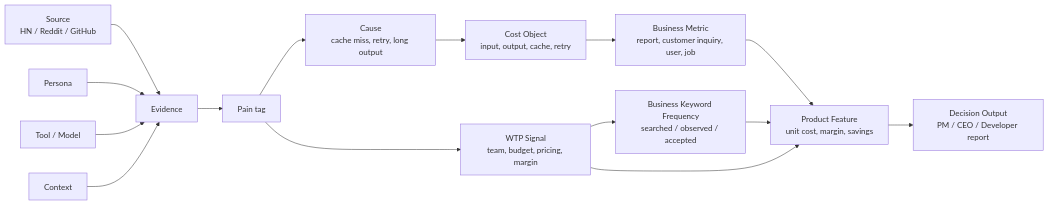
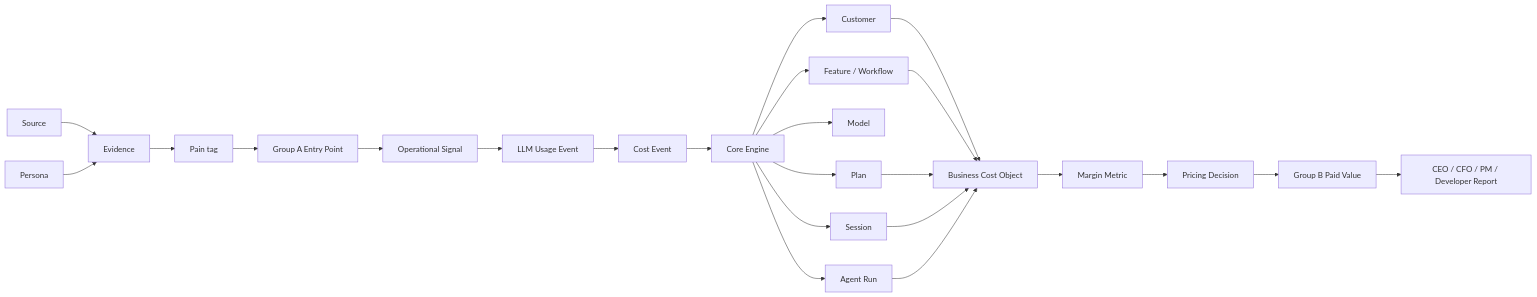
The diagram in docs/research/token_cost_ontology.md (tayna99/token_simulator), drawn with Mermaid before and after one commit. The commit also changed other lines of this file and 115 other files, not shown here.

Commit message:
feat: add AgentCost decision operating system

````diff
--- a/docs/research/token_cost_ontology.md
+++ b/docs/research/token_cost_ontology.md
@@ -30,17 +76,30 @@
 ```mermaid
 flowchart LR
-  Source["Source<br/>HN / Reddit / GitHub"] --> Evidence["Evidence"]
+  Source["Source"] --> Evidence["Evidence"]
   Persona["Persona"] --> Evidence
-  Tool["Tool / Model"] --> Evidence
-  Context["Context"] --> Evidence
   Evidence --> Pain["Pain tag"]
-  Pain --> Cause["Cause<br/>cache miss, retry, long output"]
-  Cause --> CostObject["Cost Object<br/>input, output, cache, retry"]
-  CostObject --> BusinessMetric["Business Metric<br/>report, customer inquiry, user, job"]
-  BusinessMetric --> ProductFeature["Product Feature<br/>unit cost, margin, savings"]
-  Pain --> WTP["WTP Signal<br/>team, budget, pricing, margin"]
-  WTP --> KeywordFrequency["Business Keyword Frequency<br/>searched / observed / accepted"]
-  KeywordFrequency --> ProductFeature
-  WTP --> ProductFeature
-  ProductFeature --> DecisionOutput["Decision Output<br/>PM / CEO / Developer report"]
+
+  Pain --> Entry["Group A Entry Point"]
+  Entry --> Signal["Operational Signal"]
+  Signal --> Usage["LLM Usage Event"]
+  Usage --> Cost["Cost Event"]
+
+  Cost --> Engine["Core Engine"]
+  Engine --> Customer["Customer"]
+  Engine --> Feature["Feature / Workflow"]
+  Engine --> Model["Model"]
+  Engine --> Plan["Plan"]
+  Engine --> Session["Session"]
+  Engine --> AgentRun["Agent Run"]
+
+  Customer --> CostObject["Business Cost Object"]
+  Feature --> CostObject
+  Plan --> CostObject
+  Session --> CostObject
+  AgentRun --> CostObject
+
+  CostObject --> Margin["Margin Metric"]
+  Margin --> Pricing["Pricing Decision"]
+  Pricing --> Paid["Group B Paid Value"]
+  Paid --> Output["CEO / CFO / PM / Developer Report"]
 ```
````
